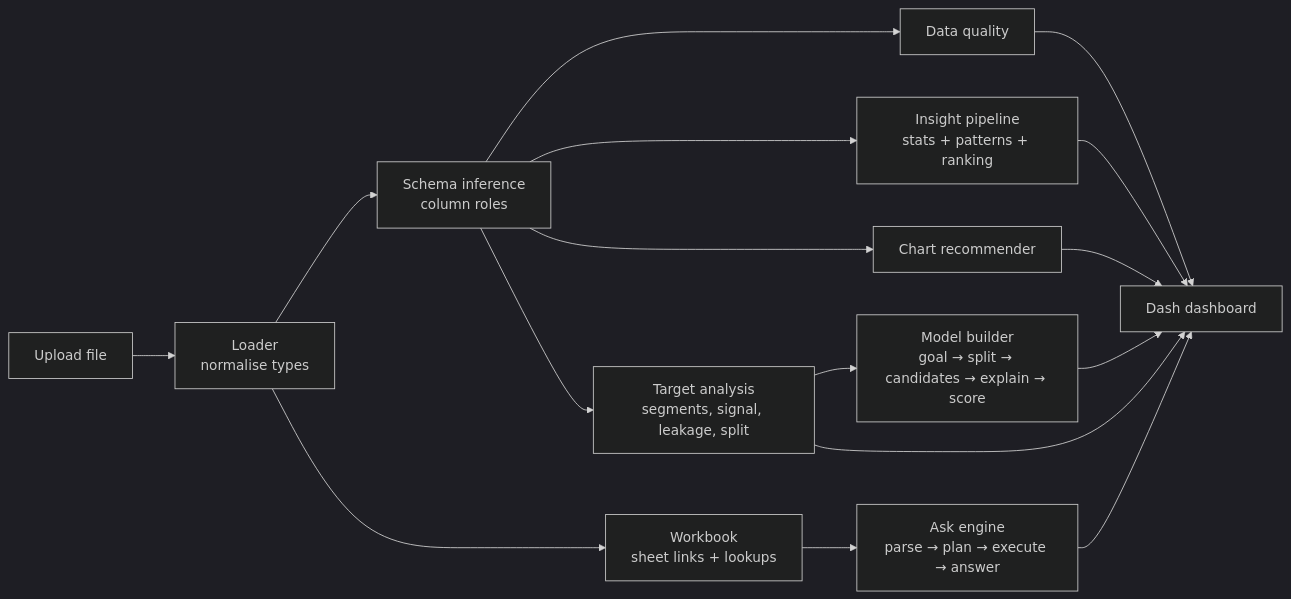
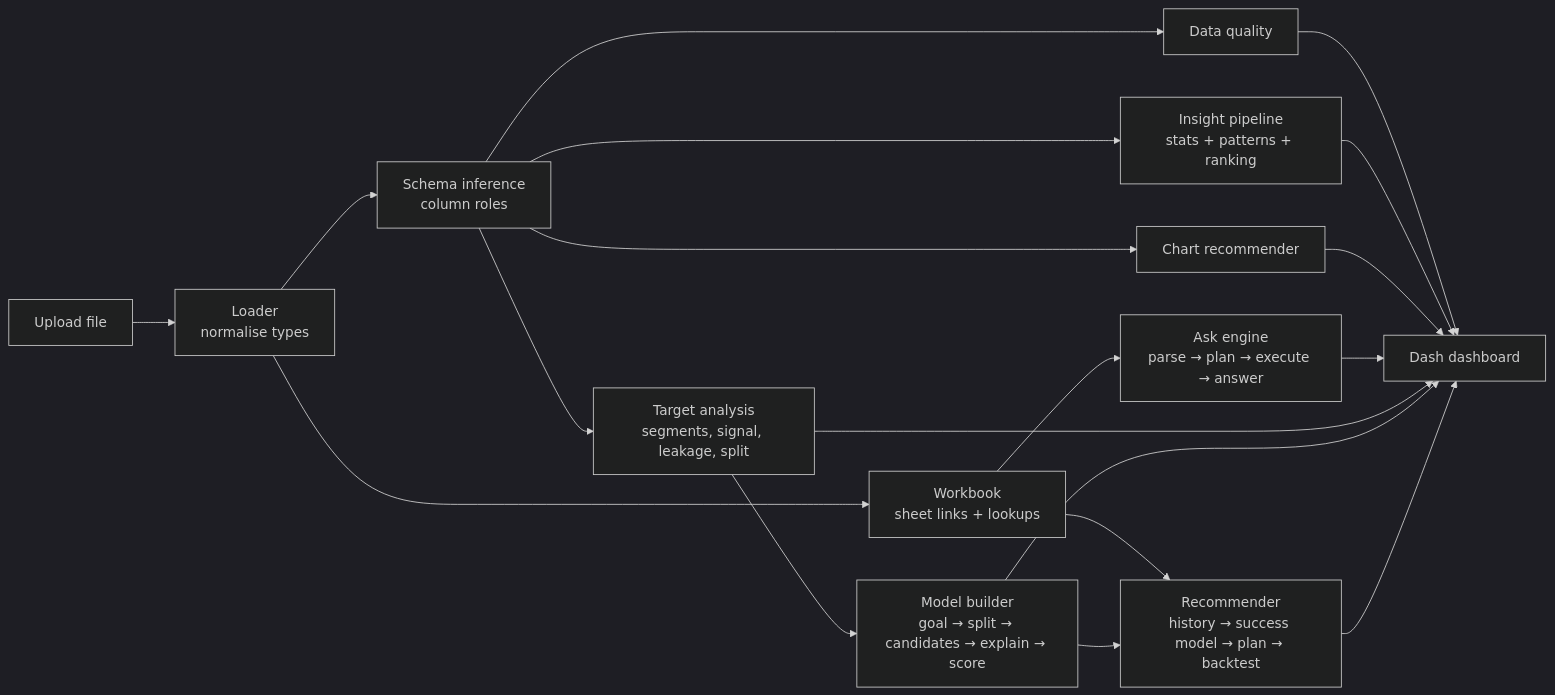
The diagram in README.md (kulkarniDurvesh/ai-data-scientist-platform), drawn with Mermaid (dark theme) before and after one commit. The commit also changed other lines of this file and 15 other files, not shown here.

````diff
--- a/README.md
+++ b/README.md
@@ -147,13 +164,15 @@
 ```mermaid
 flowchart LR
     A[Upload file] --> B[Loader<br/>normalise types]
     B --> C[Schema inference<br/>column roles]
     C --> D[Data quality]
     C --> E[Insight pipeline<br/>stats + patterns + ranking]
     C --> F[Chart recommender]
     B --> W[Workbook<br/>sheet links + lookups]
     W --> Q[Ask engine<br/>parse → plan → execute → answer]
     C --> T[Target analysis<br/>segments, signal, leakage, split]
     T --> M[Model builder<br/>goal → split → candidates → explain → score]
-    D & E & F & Q & T & M --> UI[Dash dashboard]
+    W --> R[Recommender<br/>history → success model → plan → backtest]
+    M --> R
+    D & E & F & Q & T & M & R --> UI[Dash dashboard]
 ```
````
